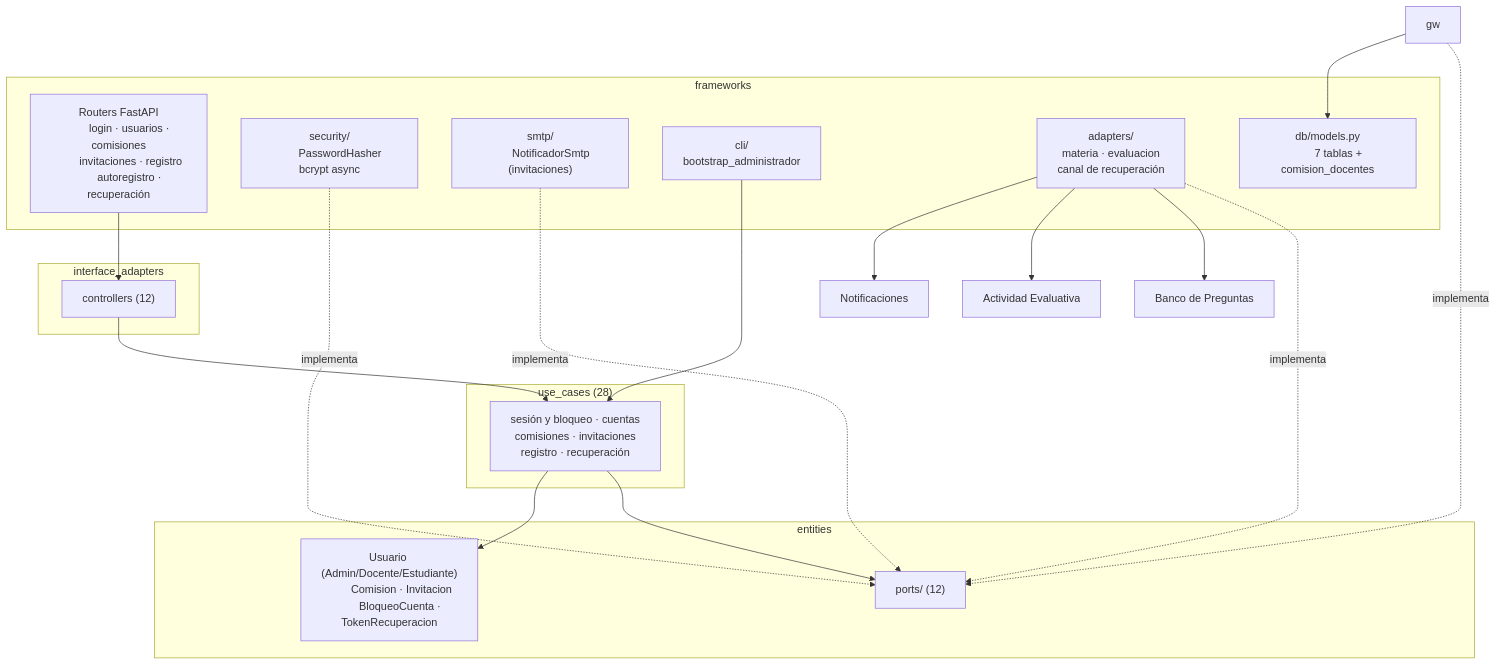
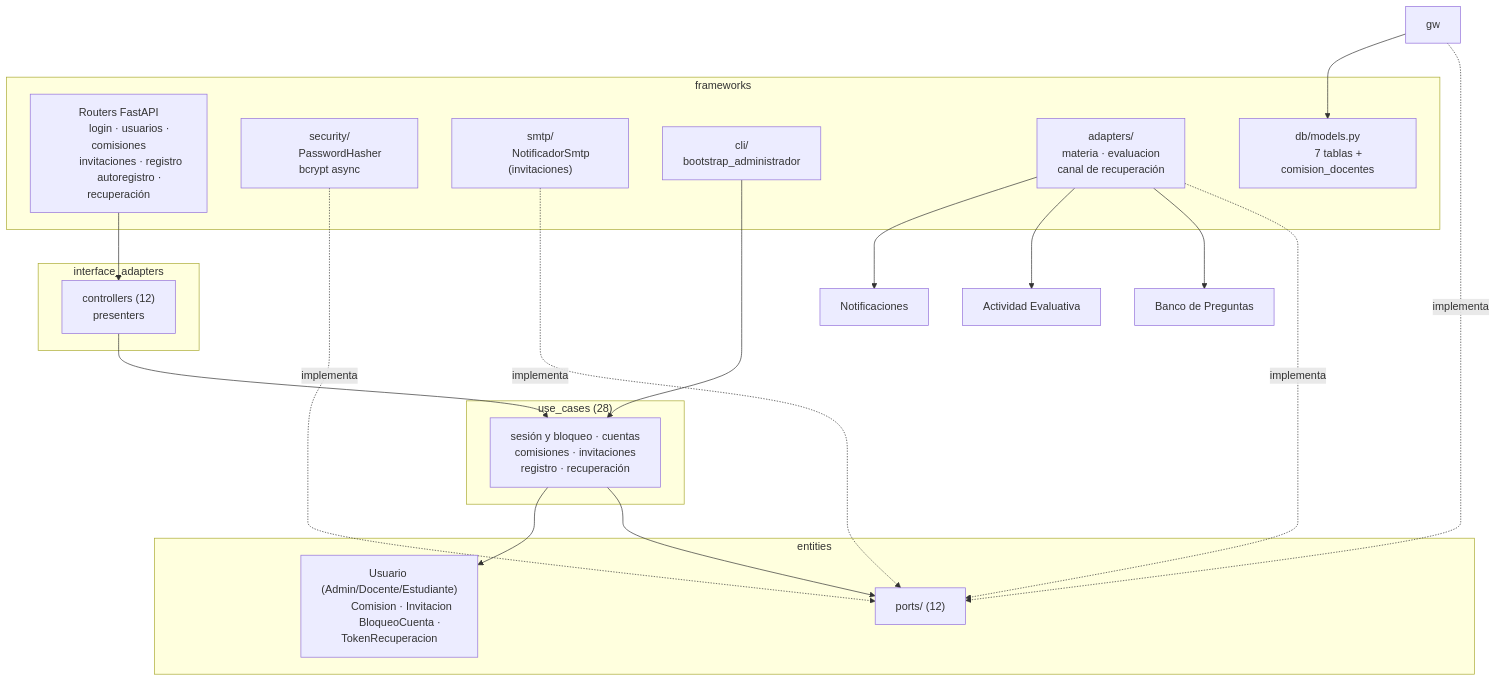
Before and after one commit to vvalotto/cognion: the diagram in docs/architecture/10-componentes-identidad.md, drawn with Mermaid. The commit also changed other lines of this file and 45 other files, not shown here.

````diff
--- a/docs/architecture/10-componentes-identidad.md
+++ b/docs/architecture/10-componentes-identidad.md
@@ -21,49 +21,50 @@
 ```mermaid
 flowchart TB
     subgraph fw["frameworks"]
         r["Routers FastAPI
         login · usuarios · comisiones
         invitaciones · registro
         autoregistro · recuperación"]
         sec["security/
         PasswordHasher bcrypt async"]
         smtp["smtp/
         NotificadorSmtp (invitaciones)"]
         cli["cli/
         bootstrap_administrador"]
         ad["adapters/
         materia · evaluacion
         canal de recuperación"]
         db["db/models.py
         7 tablas + comision_docentes"]
     end
     subgraph ia["interface_adapters"]
-        ctl["controllers (12)"]
+        ctl["controllers (12)
+        presenters"]
     end
     subgraph uc["use_cases (28)"]
         u["sesión y bloqueo · cuentas
         comisiones · invitaciones
         registro · recuperación"]
     end
     subgraph en["entities"]
         e["Usuario (Admin/Docente/Estudiante)
         Comision · Invitacion
         BloqueoCuenta · TokenRecuperacion"]
         p["ports/ (12)"]
     end
     banco["Banco de Preguntas"]
     act["Actividad Evaluativa"]
     notif["Notificaciones"]
 
     r --> ctl --> u --> p
     u --> e
     gw -. implementa .-> p
     sec -. implementa .-> p
     smtp -. implementa .-> p
     ad -. implementa .-> p
     gw --> db
     cli --> u
     ad --> banco
     ad --> act
     ad --> notif
 ```
````
